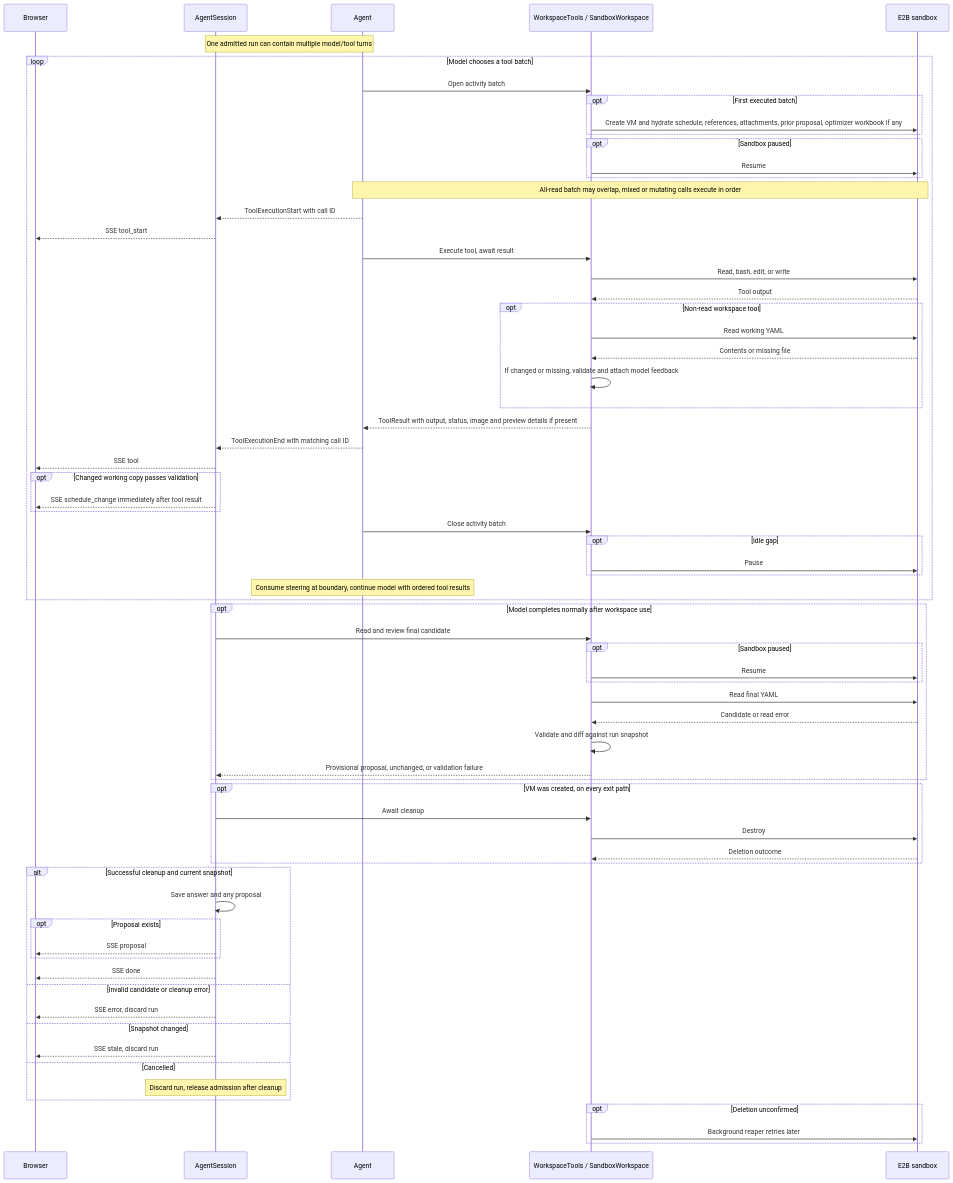
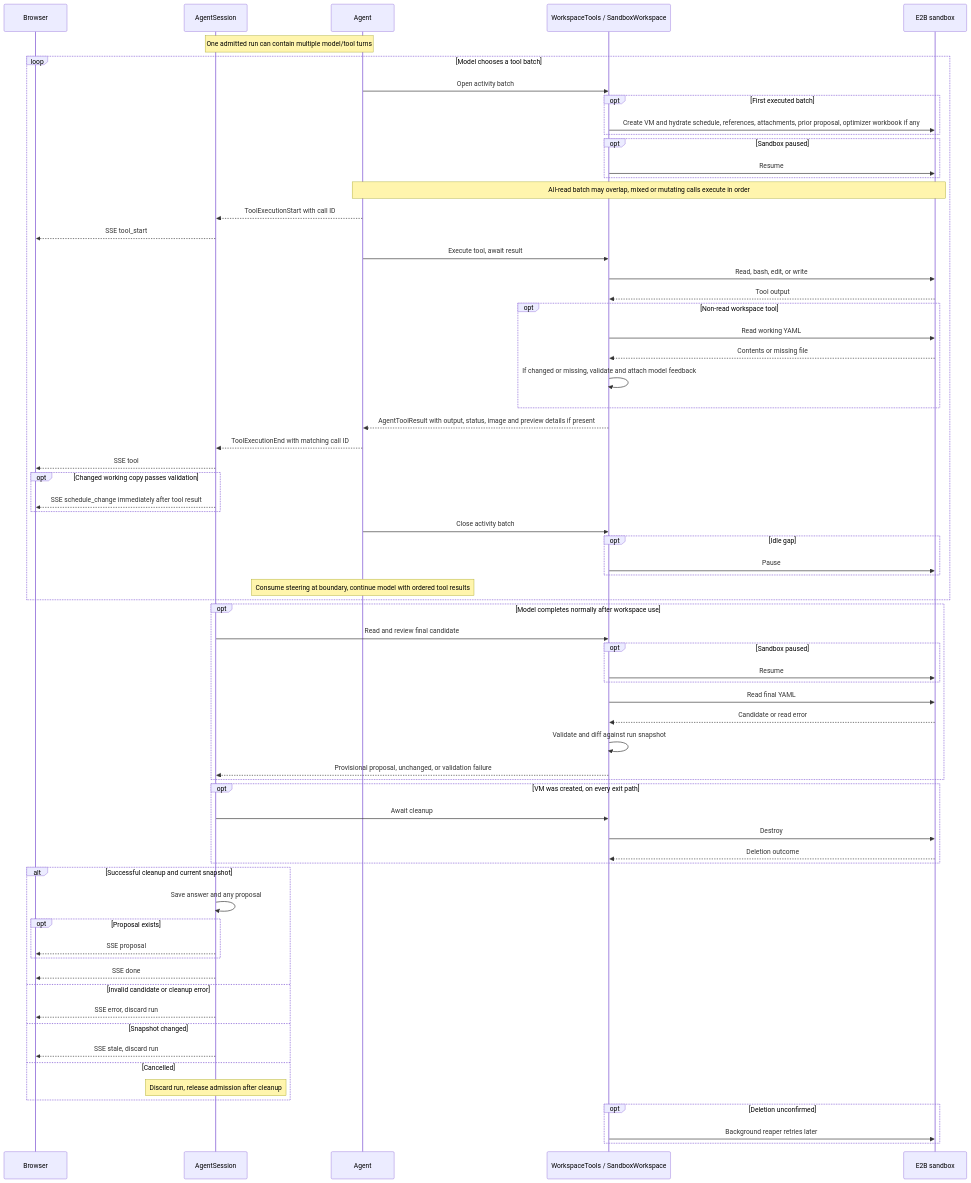
One commit to j3soon/nurse-scheduling changed the fifth of 7 diagrams in docs/content/developer-guide/ai-assistant.md. Above: the diagram before and after it, drawn with Mermaid. The commit also changed other lines of this file and 10 other files, not shown here.

First line of the commit message:
refactor(core/ai): execute AgentTool contracts directly in the loop

````diff
--- a/docs/content/developer-guide/ai-assistant.md
+++ b/docs/content/developer-guide/ai-assistant.md
@@ -254,72 +254,72 @@
 ```mermaid
 sequenceDiagram
     participant Browser
     participant Session as AgentSession
     participant Agent
     participant Workspace as WorkspaceTools / SandboxWorkspace
     participant E2B as E2B sandbox
 
     Note over Session,Agent: One admitted run can contain multiple model/tool turns
     loop Model chooses a tool batch
         Agent->>Workspace: Open activity batch
         opt First executed batch
             Workspace->>E2B: Create VM and hydrate schedule, references, attachments, prior proposal, optimizer workbook if any
         end
         opt Sandbox paused
             Workspace->>E2B: Resume
         end
         Note over Agent,E2B: All-read batch may overlap, mixed or mutating calls execute in order
         Agent-->>Session: ToolExecutionStart with call ID
         Session-->>Browser: SSE tool_start
         Agent->>Workspace: Execute tool, await result
         Workspace->>E2B: Read, bash, edit, or write
         E2B-->>Workspace: Tool output
         opt Non-read workspace tool
             Workspace->>E2B: Read working YAML
             E2B-->>Workspace: Contents or missing file
             Workspace->>Workspace: If changed or missing, validate and attach model feedback
         end
-        Workspace-->>Agent: ToolResult with output, status, image and preview details if present
+        Workspace-->>Agent: AgentToolResult with output, status, image and preview details if present
         Agent-->>Session: ToolExecutionEnd with matching call ID
         Session-->>Browser: SSE tool
         opt Changed working copy passes validation
             Session-->>Browser: SSE schedule_change immediately after tool result
         end
         Agent->>Workspace: Close activity batch
         opt Idle gap
             Workspace->>E2B: Pause
         end
         Note over Agent: Consume steering at boundary, continue model with ordered tool results
     end
     opt Model completes normally after workspace use
         Session->>Workspace: Read and review final candidate
         opt Sandbox paused
             Workspace->>E2B: Resume
         end
         Workspace->>E2B: Read final YAML
         E2B-->>Workspace: Candidate or read error
         Workspace->>Workspace: Validate and diff against run snapshot
         Workspace-->>Session: Provisional proposal, unchanged, or validation failure
     end
     opt VM was created, on every exit path
         Session->>Workspace: Await cleanup
         Workspace->>E2B: Destroy
         E2B-->>Workspace: Deletion outcome
     end
     alt Successful cleanup and current snapshot
         Session->>Session: Save answer and any proposal
         opt Proposal exists
             Session-->>Browser: SSE proposal
         end
         Session-->>Browser: SSE done
     else Invalid candidate or cleanup error
         Session-->>Browser: SSE error, discard run
     else Snapshot changed
         Session-->>Browser: SSE stale, discard run
     else Cancelled
         Note over Session: Discard run, release admission after cleanup
     end
     opt Deletion unconfirmed
         Workspace->>E2B: Background reaper retries later
     end
 ```
````
